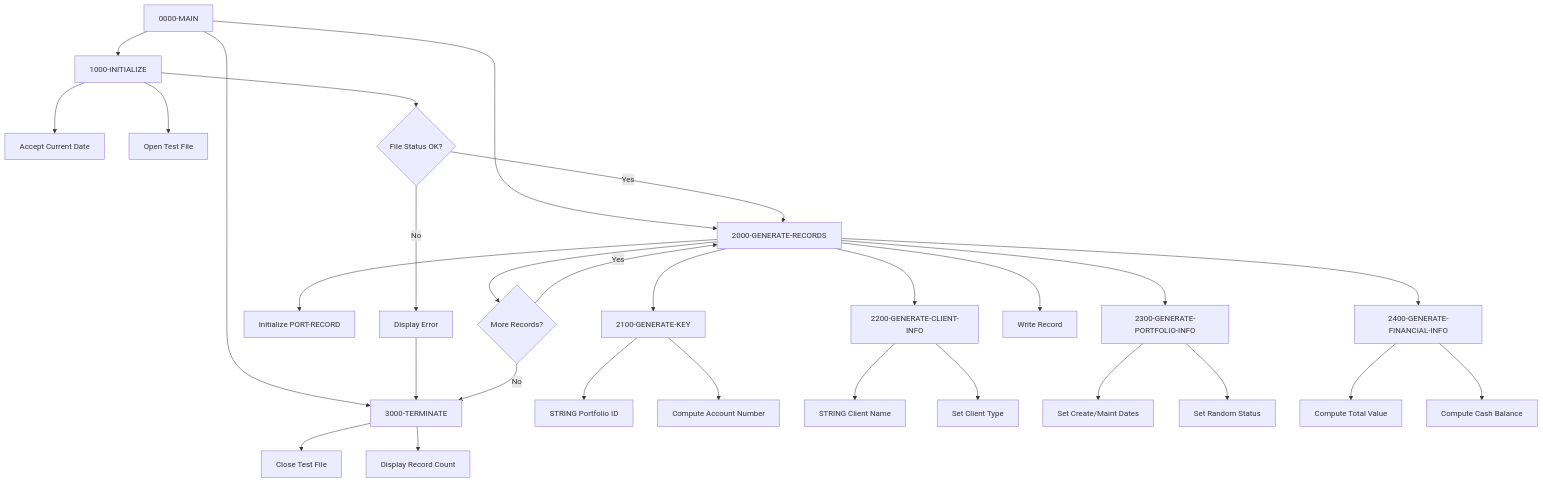
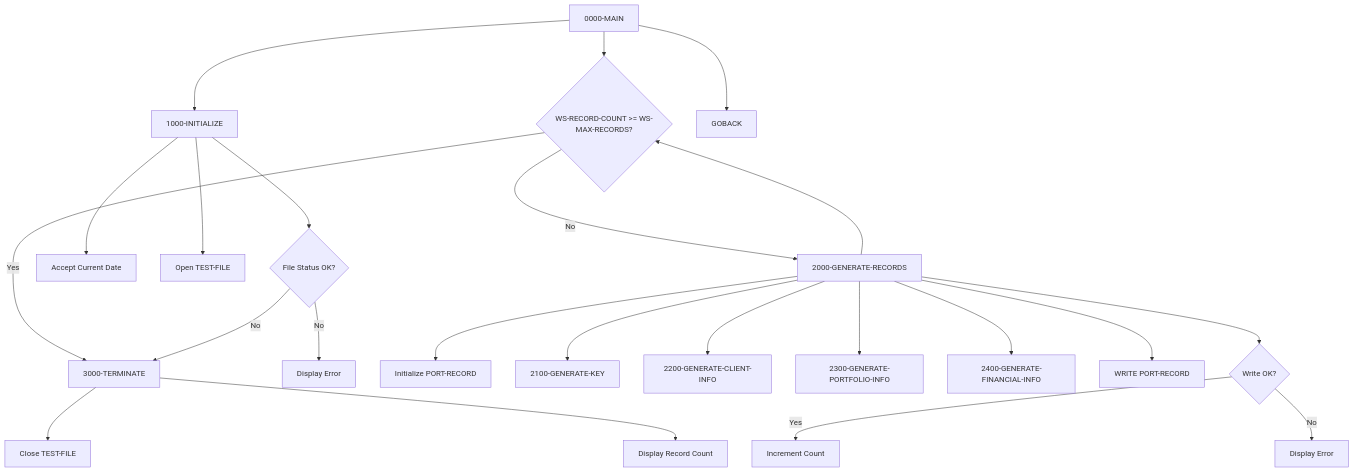
Before and after one commit to haladir-com/legacy-benchmark-docs-vb70e1: the diagram in docs/programs/PORTTEST.mdx, drawn with Mermaid. The commit also changed other lines of this file and 63 other files, not shown here.

````diff
--- a/docs/programs/PORTTEST.mdx
+++ b/docs/programs/PORTTEST.mdx
@@ -20,38 +16,28 @@
 ```mermaid
 graph TD
     A[0000-MAIN] --> B[1000-INITIALIZE]
-    A --> C[2000-GENERATE-RECORDS]
-    A --> D[3000-TERMINATE]
+    A --> C{WS-RECORD-COUNT >= WS-MAX-RECORDS?}
+    C -->|No| D[2000-GENERATE-RECORDS]
+    D --> C
+    C -->|Yes| E[3000-TERMINATE]
+    A --> F[GOBACK]
     
     B --> B1[Accept Current Date]
-    B --> B2[Open Test File]
+    B --> B2[Open TEST-FILE]
     B --> B3{File Status OK?}
     B3 -->|No| B4[Display Error]
-    B4 --> D
-    B3 -->|Yes| C
+    B3 -->|No| E
     
-    C --> C1[Initialize PORT-RECORD]
-    C --> C2[2100-GENERATE-KEY]
-    C --> C3[2200-GENERATE-CLIENT-INFO]
-    C --> C4[2300-GENERATE-PORTFOLIO-INFO]
-    C --> C5[2400-GENERATE-FINANCIAL-INFO]
-    C --> C6[Write Record]
-    C --> C7{More Records?}
-    C7 -->|Yes| C
-    C7 -->|No| D
+    D --> D1[Initialize PORT-RECORD]
+    D --> D2[2100-GENERATE-KEY]
+    D --> D3[2200-GENERATE-CLIENT-INFO]
+    D --> D4[2300-GENERATE-PORTFOLIO-INFO]
+    D --> D5[2400-GENERATE-FINANCIAL-INFO]
+    D --> D6[WRITE PORT-RECORD]
+    D --> D7{Write OK?}
+    D7 -->|Yes| D8[Increment Count]
+    D7 -->|No| D9[Display Error]
     
-    C2 --> C2A[STRING Portfolio ID]
-    C2 --> C2B[Compute Account Number]
-    
-    C3 --> C3A[STRING Client Name]
-    C3 --> C3B[Set Client Type]
-    
-    C4 --> C4A[Set Create/Maint Dates]
-    C4 --> C4B[Set Random Status]
-    
-    C5 --> C5A[Compute Total Value]
-    C5 --> C5B[Compute Cash Balance]
-    
-    D --> D1[Close Test File]
-    D --> D2[Display Record Count]
+    E --> E1[Close TEST-FILE]
+    E --> E2[Display Record Count]
 ```
````
